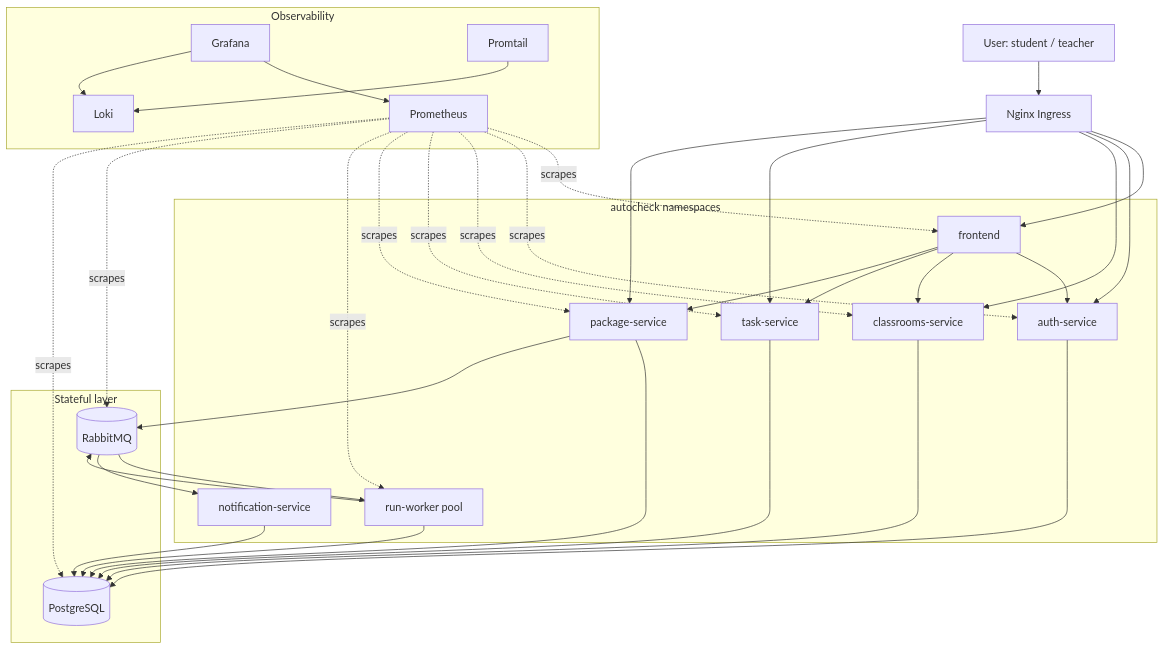
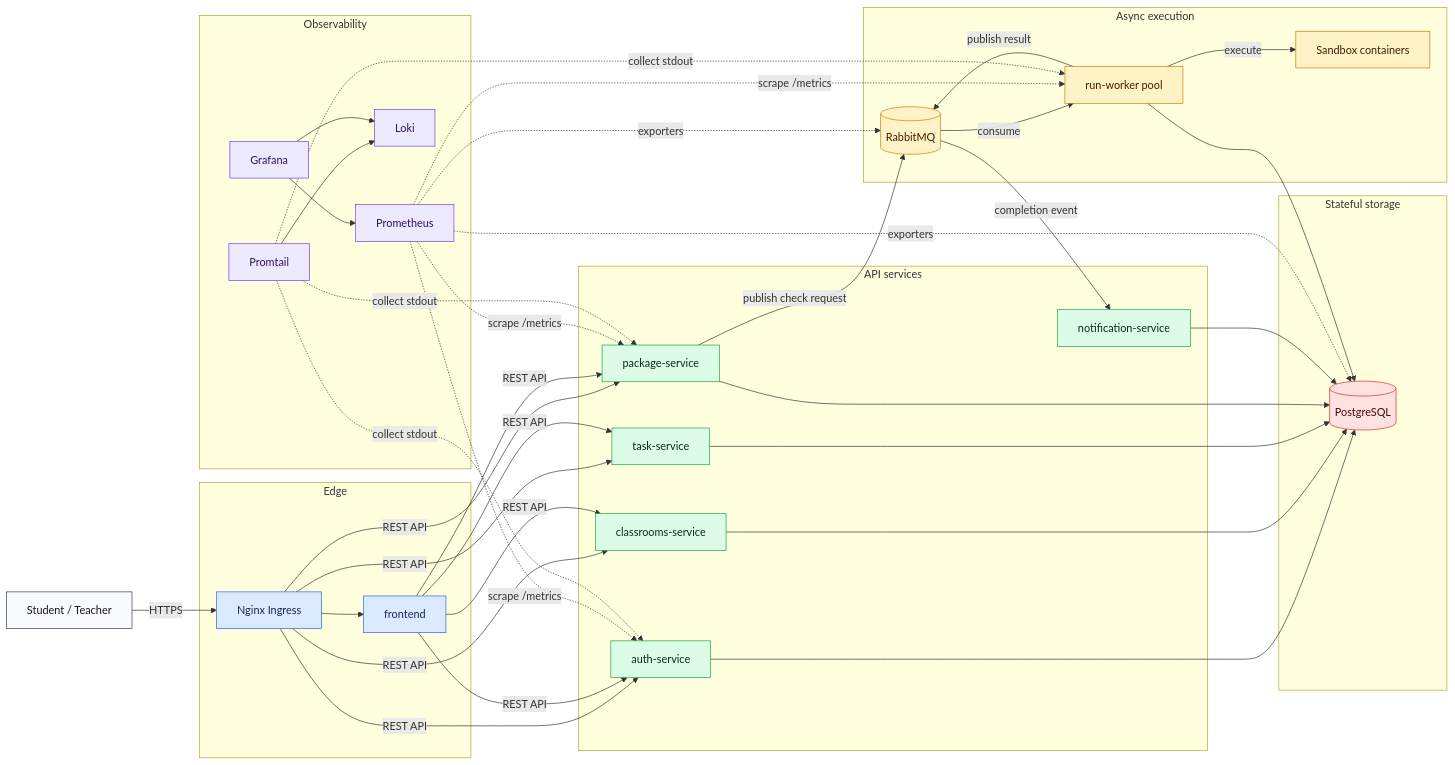
Before and after one commit to Sunboys-HITs/docs: the first of 2 diagrams in docs/sre-architecture.md, drawn with Mermaid. The commit also changed other lines of this file, not shown here.

Commit message:
Refactor SRE architecture diagram for clarity and update sequence diagram for improved readability

````diff
--- a/docs/sre-architecture.md
+++ b/docs/sre-architecture.md
@@ -39,62 +39,85 @@
 ```mermaid
-flowchart TB
-    user[User: student / teacher]
-    ingress[Nginx Ingress]
+flowchart LR
+    user["Student / Teacher"]
 
-    subgraph app[autocheck namespaces]
-        frontend[frontend]
-        auth[auth-service]
-        classrooms[classrooms-service]
-        task[task-service]
-        package[package-service]
-        notification[notification-service]
-        workers[run-worker pool]
+    subgraph edge["Edge"]
+        ingress["Nginx Ingress"]
+        frontend["frontend"]
     end
 
-    subgraph data[Stateful layer]
-        rabbit[(RabbitMQ)]
-        postgres[(PostgreSQL)]
+    subgraph api["API services"]
+        auth["auth-service"]
+        classrooms["classrooms-service"]
+        task["task-service"]
+        package["package-service"]
+        notification["notification-service"]
     end
 
-    subgraph obs[Observability]
-        prometheus[Prometheus]
-        grafana[Grafana]
-        promtail[Promtail]
-        loki[Loki]
+    subgraph async["Async execution"]
+        rabbit[("RabbitMQ")]
+        workers["run-worker pool"]
+        sandbox["Sandbox containers"]
     end
 
-    user --> ingress
+    subgraph storage["Stateful storage"]
+        postgres[("PostgreSQL")]
+    end
+
+    subgraph observe["Observability"]
+        prometheus["Prometheus"]
+        grafana["Grafana"]
+        promtail["Promtail"]
+        loki["Loki"]
+    end
+
+    user -->|"HTTPS"| ingress
     ingress --> frontend
-    ingress --> auth
-    ingress --> classrooms
-    ingress --> task
-    ingress --> package
+    ingress -->|"REST API"| auth
+    ingress -->|"REST API"| classrooms
+    ingress -->|"REST API"| task
+    ingress -->|"REST API"| package
 
-    frontend --> auth
-    frontend --> classrooms
-    frontend --> task
-    frontend --> package
+    frontend -->|"REST API"| auth
+    frontend -->|"REST API"| classrooms
+    frontend -->|"REST API"| task
+    frontend -->|"REST API"| package
 
+    package -->|"publish check request"| rabbit
+    rabbit -->|"consume"| workers
+    workers -->|"execute"| sandbox
+    workers -->|"publish result"| rabbit
+    rabbit -->|"completion event"| notification
+
+    auth --> postgres
     classrooms --> postgres
     task --> postgres
-    auth --> postgres
     package --> postgres
-    package --> rabbit
-    rabbit --> workers
     workers --> postgres
-    workers --> rabbit
-    rabbit --> notification
     notification --> postgres
 
-    prometheus -. scrapes .-> frontend
-    prometheus -. scrapes .-> auth
-    prometheus -. scrapes .-> classrooms
-    prometheus -. scrapes .-> task
-    prometheus -. scrapes .-> package
-    prometheus -. scrapes .-> workers
-    prometheus -. scrapes .-> rabbit
-    prometheus -. scrapes .-> postgres
+    prometheus -. "scrape /metrics" .-> auth
+    prometheus -. "scrape /metrics" .-> package
+    prometheus -. "scrape /metrics" .-> workers
+    prometheus -. "exporters" .-> rabbit
+    prometheus -. "exporters" .-> postgres
     grafana --> prometheus
+    promtail -. "collect stdout" .-> auth
+    promtail -. "collect stdout" .-> package
+    promtail -. "collect stdout" .-> workers
     promtail --> loki
     grafana --> loki
+
+    classDef external fill:#f8fafc,stroke:#334155,color:#0f172a
+    classDef edgeClass fill:#dbeafe,stroke:#2563eb,color:#172554
+    classDef service fill:#dcfce7,stroke:#16a34a,color:#052e16
+    classDef asyncClass fill:#fef3c7,stroke:#d97706,color:#451a03
+    classDef data fill:#fee2e2,stroke:#dc2626,color:#450a0a
+    classDef obs fill:#ede9fe,stroke:#7c3aed,color:#2e1065
+
+    class user external
+    class ingress,frontend edgeClass
+    class auth,classrooms,task,package,notification service
+    class rabbit,workers,sandbox asyncClass
+    class postgres data
+    class prometheus,grafana,promtail,loki obs
 ```
````
